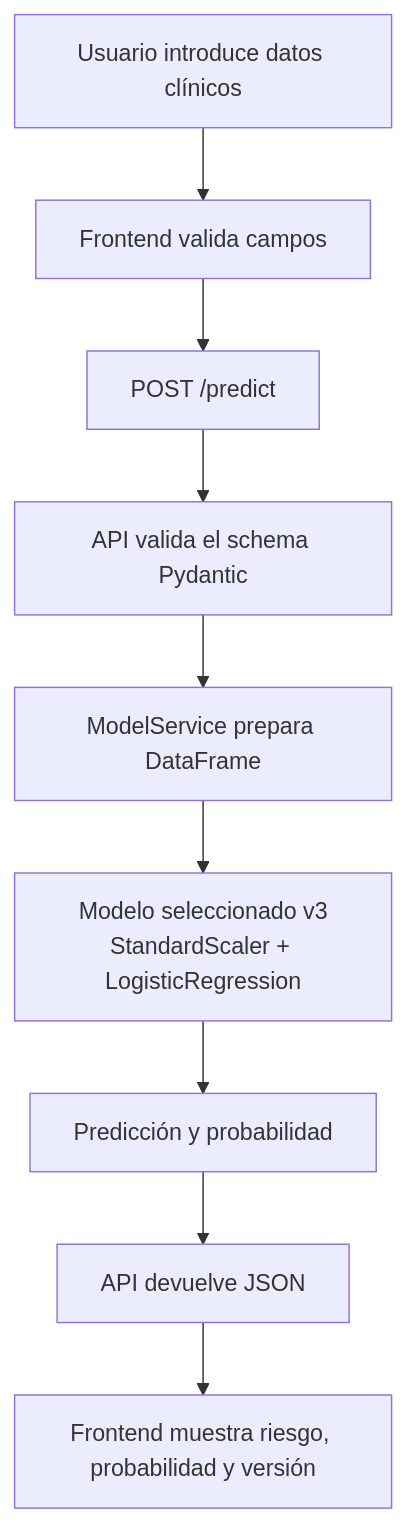
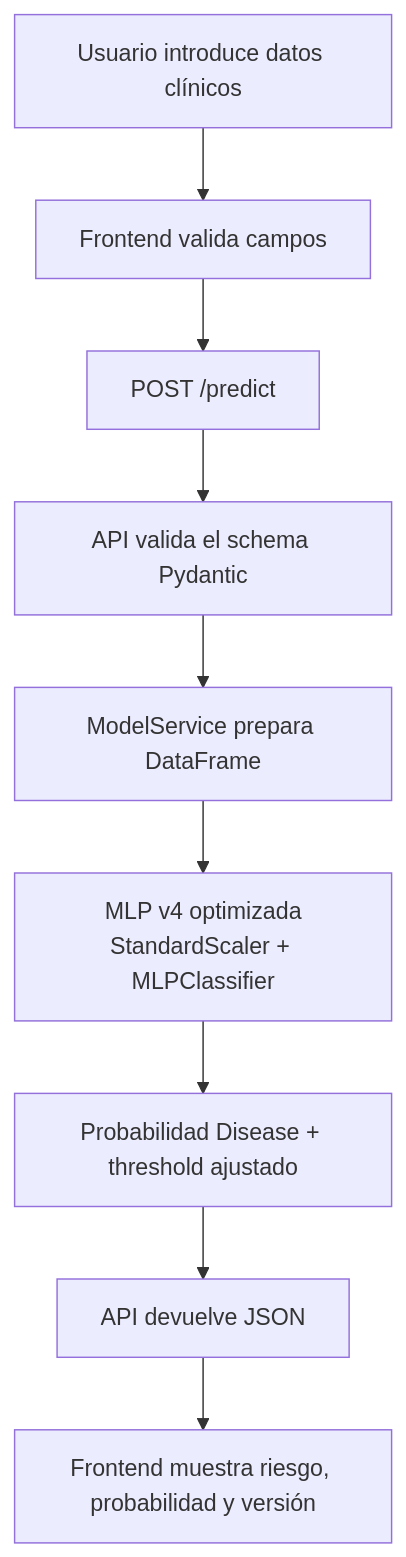
One commit to marichu-kt/heart-disease-mlops changed the second of 3 diagrams in README.md. Above: the diagram before and after it, drawn with Mermaid. The commit also changed other lines of this file and 10 other files, not shown here.

````diff
--- a/README.md
+++ b/README.md
@@ -138,11 +138,11 @@
 ```mermaid
 flowchart TD
     A["Usuario introduce datos clínicos"] --> B["Frontend valida campos"]
     B --> C["POST /predict"]
     C --> D["API valida el schema Pydantic"]
     D --> E["ModelService prepara DataFrame"]
-    E --> F["Modelo seleccionado v3<br/>StandardScaler + LogisticRegression"]
-    F --> G["Predicción y probabilidad"]
+    E --> F["MLP v4 optimizada<br/>StandardScaler + MLPClassifier"]
+    F --> G["Probabilidad Disease + threshold ajustado"]
     G --> H["API devuelve JSON"]
     H --> I["Frontend muestra riesgo, probabilidad y versión"]
 ```
````
